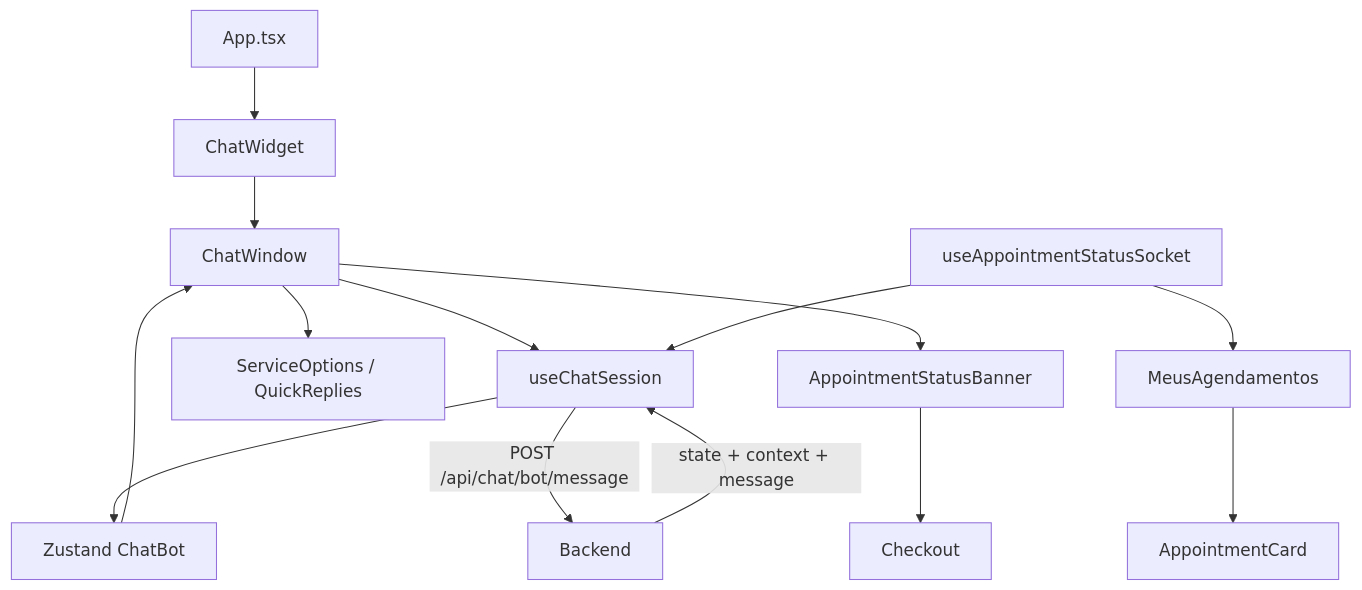
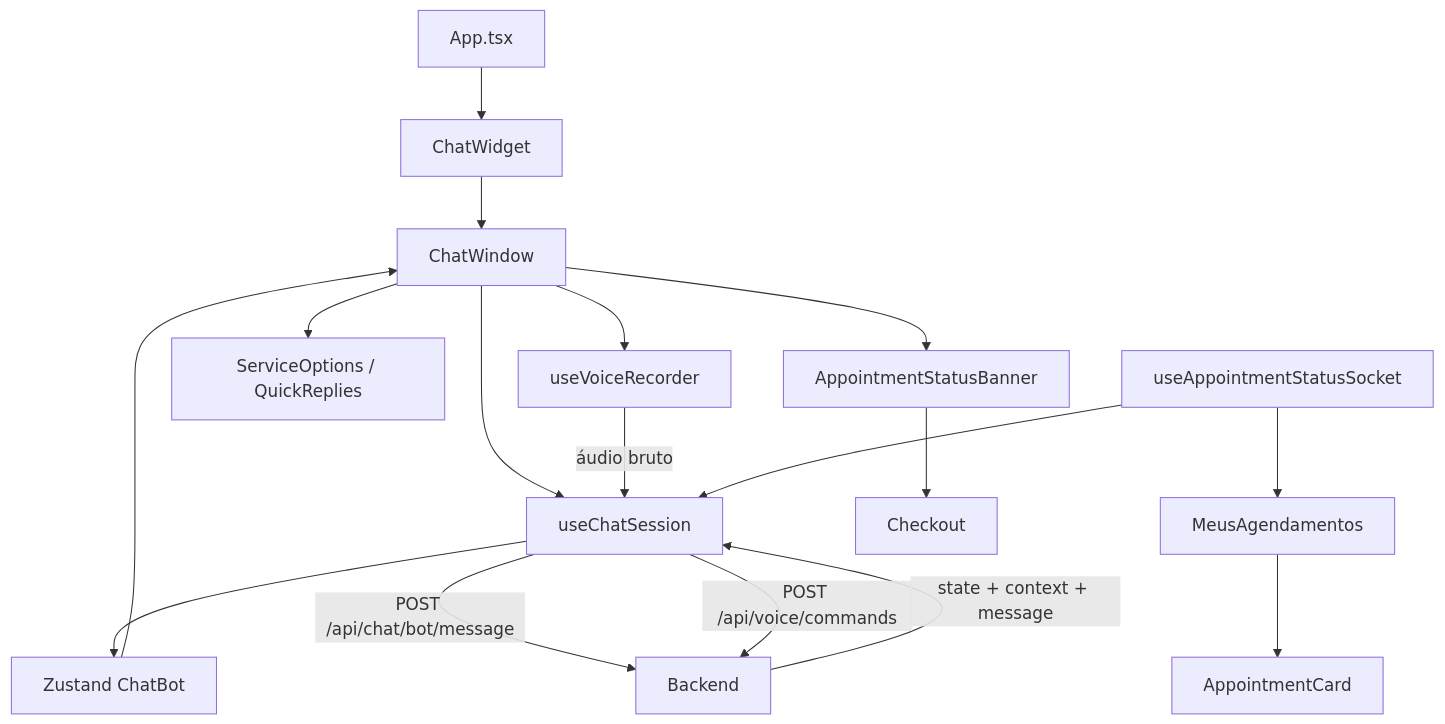
The diagram in docs/CHATBOT_INVENTARIO_FRONTEND.md (fershibli/DelBicosV2), drawn with Mermaid before and after one commit. The commit also changed other lines of this file, not shown here.

Commit message:
feat: adicionar funcionalidade de gravação de voz e atualizar a documentação dos comandos de áudio

````diff
--- a/docs/CHATBOT_INVENTARIO_FRONTEND.md
+++ b/docs/CHATBOT_INVENTARIO_FRONTEND.md
@@ -119,16 +120,19 @@
 ```mermaid
 flowchart TD
     APP["App.tsx"] --> WIDGET["ChatWidget"]
     WIDGET --> WINDOW["ChatWindow"]
     WINDOW --> SESSION["useChatSession"]
     SESSION --> STORE["Zustand ChatBot"]
     SESSION -->|"POST /api/chat/bot/message"| API["Backend"]
+    WINDOW --> RECORDER["useVoiceRecorder"]
+    RECORDER -->|"áudio bruto"| SESSION
+    SESSION -->|"POST /api/voice/commands"| API
     API -->|"state + context + message"| SESSION
     STORE --> WINDOW
     WINDOW --> OPTIONS["ServiceOptions / QuickReplies"]
     WINDOW --> STATUS["AppointmentStatusBanner"]
     SOCKET["useAppointmentStatusSocket"] --> SESSION
     SOCKET --> AGENDA["MeusAgendamentos"]
     AGENDA --> CARD["AppointmentCard"]
     STATUS --> CHECKOUT["Checkout"]
 ```
````
